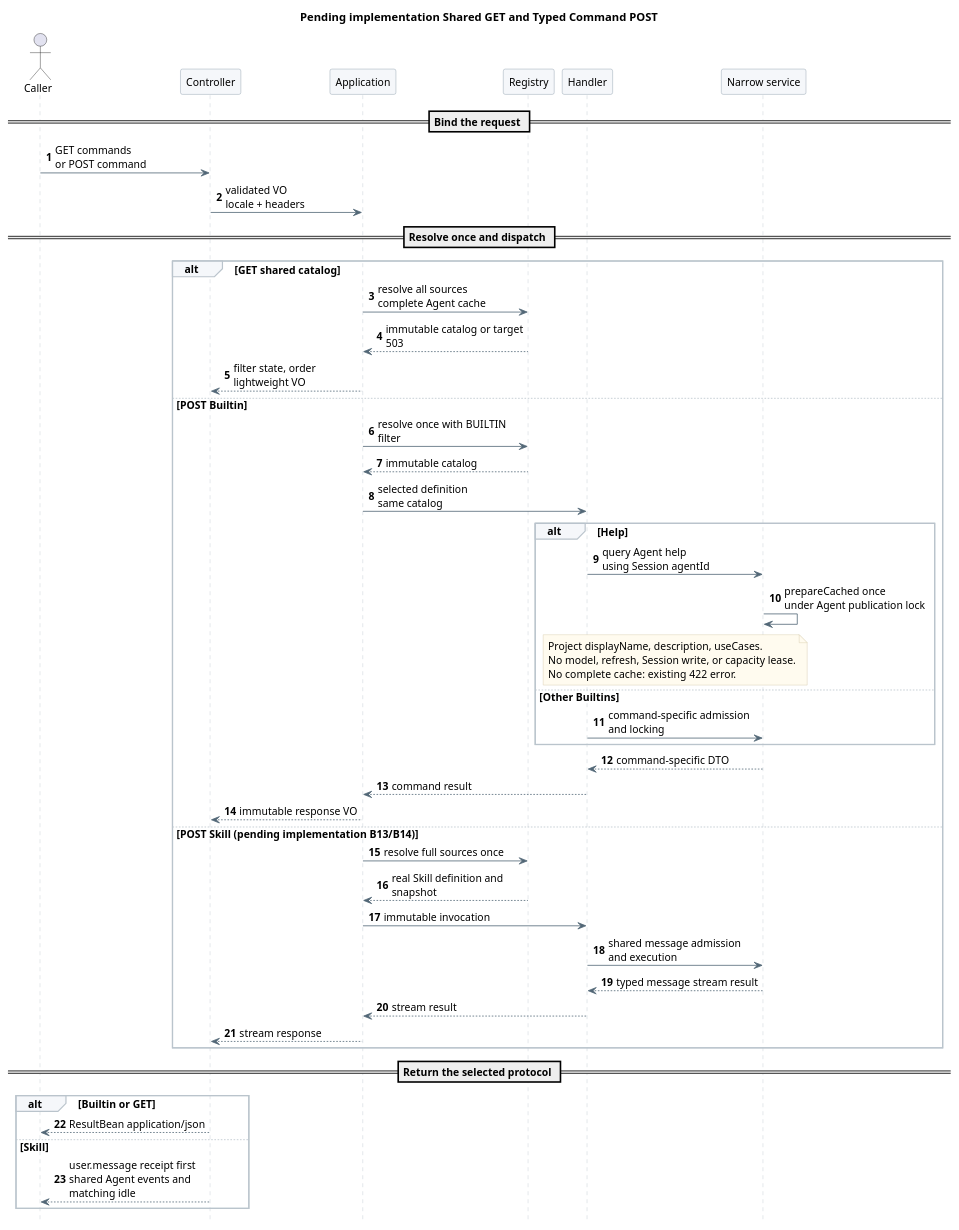
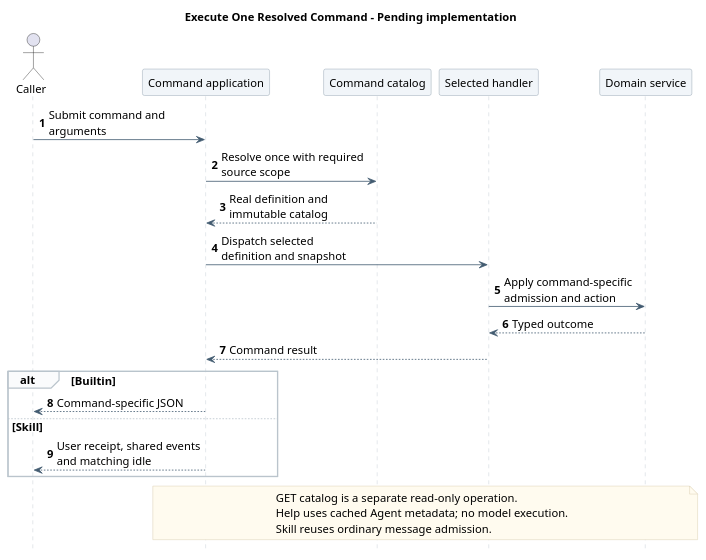
The first of 2 diagrams in 01-总体架构/01-CampusClaw多Agent运行时/设计图/Command/diagram.puml (ssm0808/pi-mono-java-design), drawn with PlantUML before and after one commit. The commit also changed 120 other files, not shown here.

Commit message:
docs(diagrams): 统一全仓职责级时序图表达与校验

```diff
--- a/01-总体架构/01-CampusClaw多Agent运行时/设计图/Command/diagram.puml
+++ b/01-总体架构/01-CampusClaw多Agent运行时/设计图/Command/diagram.puml
@@ -1,72 +1,49 @@
 @startuml command_http_flow
-skinparam backgroundColor white
-skinparam defaultFontName SansSerif
-skinparam defaultFontSize 13
-skinparam shadowing false
-skinparam sequenceMessageAlign left
-skinparam maxMessageSize 190
-skinparam sequenceArrowColor #526777
-skinparam sequenceLifeLineBorderColor #BAC4CC
-skinparam sequenceParticipantBackgroundColor #F5F7FA
-skinparam sequenceParticipantBorderColor #8496A4
-skinparam sequenceGroupBackgroundColor #F5F7FA
-skinparam sequenceGroupBorderColor #BAC4CC
-skinparam noteBackgroundColor #FFFBEF
-skinparam noteBorderColor #D2C6A5
-hide footbox
-autonumber
-title Pending implementation Shared GET and Typed Command POST
 ' Source evidence: pi-mono-java@d84dd3d6 modules/coding-agent-cli/src/main/java/com/campusclaw/codingagent/runtimeapi/web/RuntimeSessionController.java getSession.
 ' Architecture change: Builtin routes return JSON; B13/B14 Skill reuses the message SSE boundary.
 ' Source evidence: pi-mono-java@6f52fddc modules/coding-agent-cli/src/main/java/com/campusclaw/codingagent/runtimeapi/service/command/CompositeCommandRegistry.java resolve.
 ' Product decision: GET uses full sources and state-filtered name/kind/description/input; POST keeps locked admission.
 ' Source evidence: pi-mono-java@d8e22562 modules/coding-agent-cli/src/main/java/com/campusclaw/codingagent/runtime/AgentRuntimeManager.java prepareCached and toRuntime.
 ' Product decision: Help uses authored Agent metadata; it does not format the command catalog.
+' Presentation: one responsibility-level scenario; implementation details remain in the linked document.
+skinparam backgroundColor white
+skinparam defaultFontName SansSerif
+skinparam defaultFontSize 14
+skinparam shadowing false
+skinparam sequenceMessageAlign left
+skinparam maxMessageSize 180
+skinparam sequenceArrowColor #425B70
+skinparam sequenceLifeLineBorderColor #BAC4CC
+skinparam sequenceParticipantBackgroundColor #F1F5F9
+skinparam sequenceParticipantBorderColor #8496A4
+skinparam sequenceGroupBackgroundColor #FAFBFC
+skinparam sequenceGroupBorderColor #BAC4CC
+skinparam noteBackgroundColor #FFFBEF
+skinparam noteBorderColor #D2C6A5
+hide footbox
+autonumber
+
+title Execute One Resolved Command - Pending implementation
 actor Caller
-participant Controller
-participant Application
-participant Registry
-participant Handler
-participant "Narrow service" as Service
-== Bind the request ==
-Caller -> Controller : GET commands\nor POST command
-Controller -> Application : validated VO\nlocale + headers
-== Resolve once and dispatch ==
-alt GET shared catalog
-  Application -> Registry : resolve all sources\ncomplete Agent cache
-  Registry --> Application : immutable catalog or target 503
-  Application --> Controller : filter state, order\nlightweight VO
-else POST Builtin
-  Application -> Registry : resolve once with BUILTIN filter
-  Registry --> Application : immutable catalog
-  Application -> Handler : selected definition\nsame catalog
-  alt Help
-    Handler -> Service : query Agent help\nusing Session agentId
-    Service -> Service : prepareCached once\nunder Agent publication lock
-    note over Handler, Service
-      Project displayName, description, useCases.
-      No model, refresh, Session write, or capacity lease.
-      No complete cache: existing 422 error.
-    end note
-  else Other Builtins
-    Handler -> Service : command-specific admission\nand locking
-  end
-  Service --> Handler : command-specific DTO
-  Handler --> Application : command result
-  Application --> Controller : immutable response VO
-else POST Skill (pending implementation B13/B14)
-  Application -> Registry : resolve full sources once
-  Registry --> Application : real Skill definition and snapshot
-  Application -> Handler : immutable invocation
-  Handler -> Service : shared message admission and execution
-  Service --> Handler : typed message stream result
-  Handler --> Application : stream result
-  Application --> Controller : stream response
+participant "Command application" as App
+participant "Command catalog" as Catalog
+participant "Selected handler" as Handler
+participant "Domain service" as Service
+Caller -> App : Submit command and arguments
+App -> Catalog : Resolve once with required source scope
+Catalog --> App : Real definition and immutable catalog
+App -> Handler : Dispatch selected definition and snapshot
+Handler -> Service : Apply command-specific admission and action
+Service --> Handler : Typed outcome
+Handler --> App : Command result
+alt Builtin
+  App --> Caller : Command-specific JSON
+else Skill
+  App --> Caller : User receipt, shared events and matching idle
 end
-== Return the selected protocol ==
-alt Builtin or GET
-  Controller --> Caller : ResultBean application/json
-else Skill
-  Controller --> Caller : user.message receipt first\nshared Agent events and matching idle
-end
+note over App,Service
+  GET catalog is a separate read-only operation.
+  Help uses cached Agent metadata; no model execution.
+  Skill reuses ordinary message admission.
+end note
 @enduml
```
